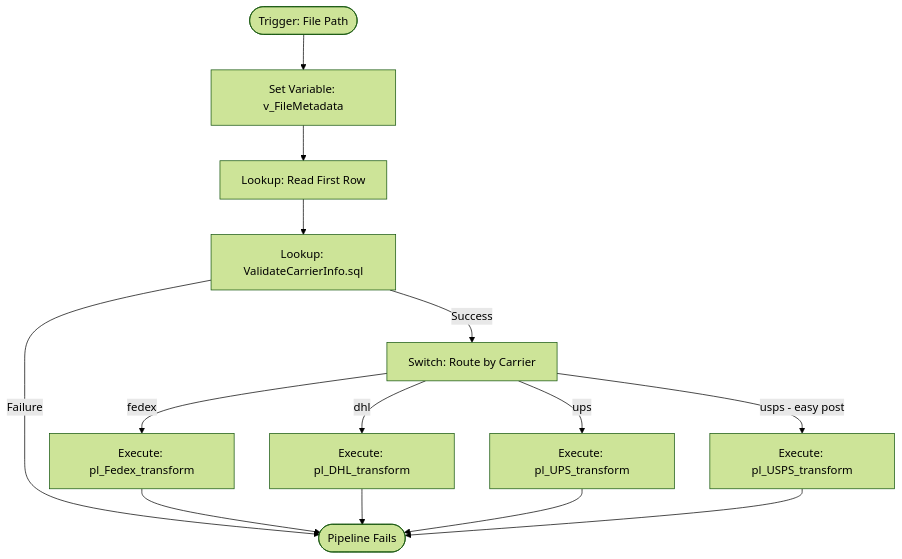
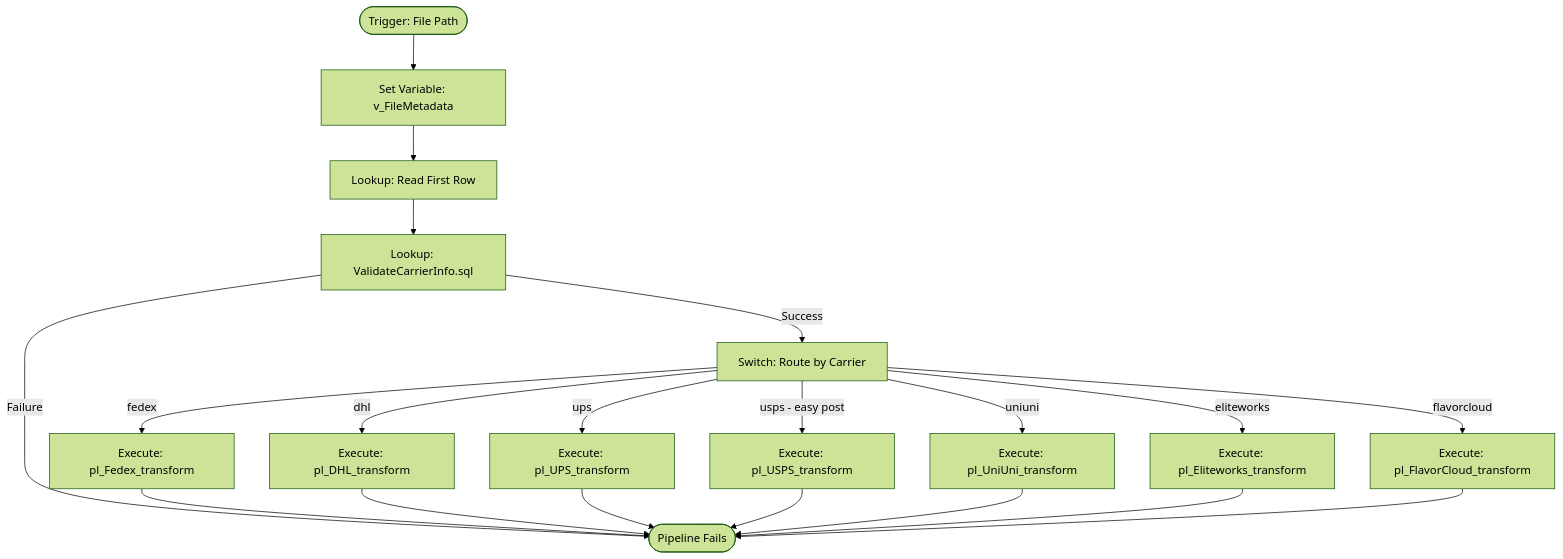
Before and after one commit to Rajatbox/ADF_bill_ingestion: the first of 3 diagrams in architecture.md, drawn with Mermaid (forest theme). The commit also changed other lines of this file and 13 other files, not shown here.

````diff
--- a/architecture.md
+++ b/architecture.md
@@ -48,16 +54,22 @@
 ```mermaid
 flowchart TD
     Start([Trigger: File Path]) --> SetVar[Set Variable: v_FileMetadata]
     SetVar --> LookupFile[Lookup: Read First Row]
     LookupFile --> ValidateCarrier[Lookup: ValidateCarrierInfo.sql]
     ValidateCarrier -->|Success| Switch[Switch: Route by Carrier]
     ValidateCarrier -->|Failure| End([Pipeline Fails])
     Switch -->|fedex| FedexPipeline[Execute: pl_Fedex_transform]
     Switch -->|dhl| DhlPipeline[Execute: pl_DHL_transform]
     Switch -->|ups| UpsPipeline[Execute: pl_UPS_transform]
     Switch -->|usps - easy post| UspsPipeline[Execute: pl_USPS_transform]
+    Switch -->|uniuni| UniUniPipeline[Execute: pl_UniUni_transform]
+    Switch -->|eliteworks| EliteworksPipeline[Execute: pl_Eliteworks_transform]
+    Switch -->|flavorcloud| FlavorCloudPipeline[Execute: pl_FlavorCloud_transform]
     FedexPipeline --> End
     DhlPipeline --> End
     UpsPipeline --> End
     UspsPipeline --> End
+    UniUniPipeline --> End
+    EliteworksPipeline --> End
+    FlavorCloudPipeline --> End
 ```
````
